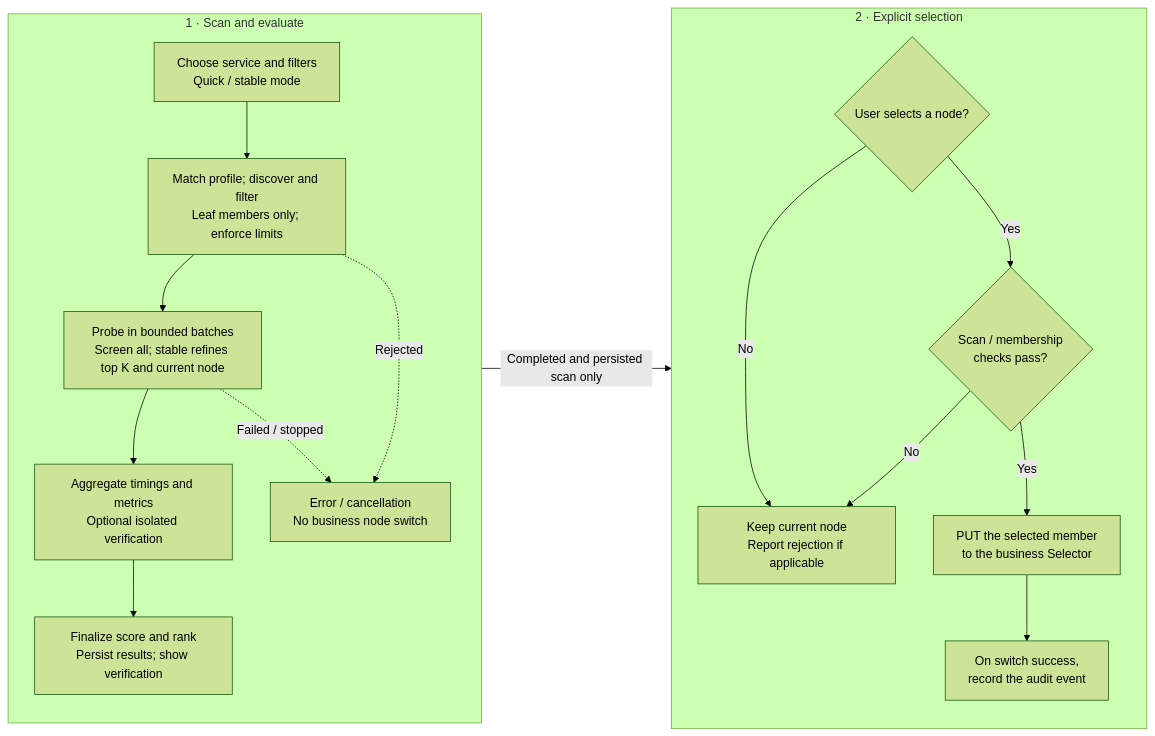
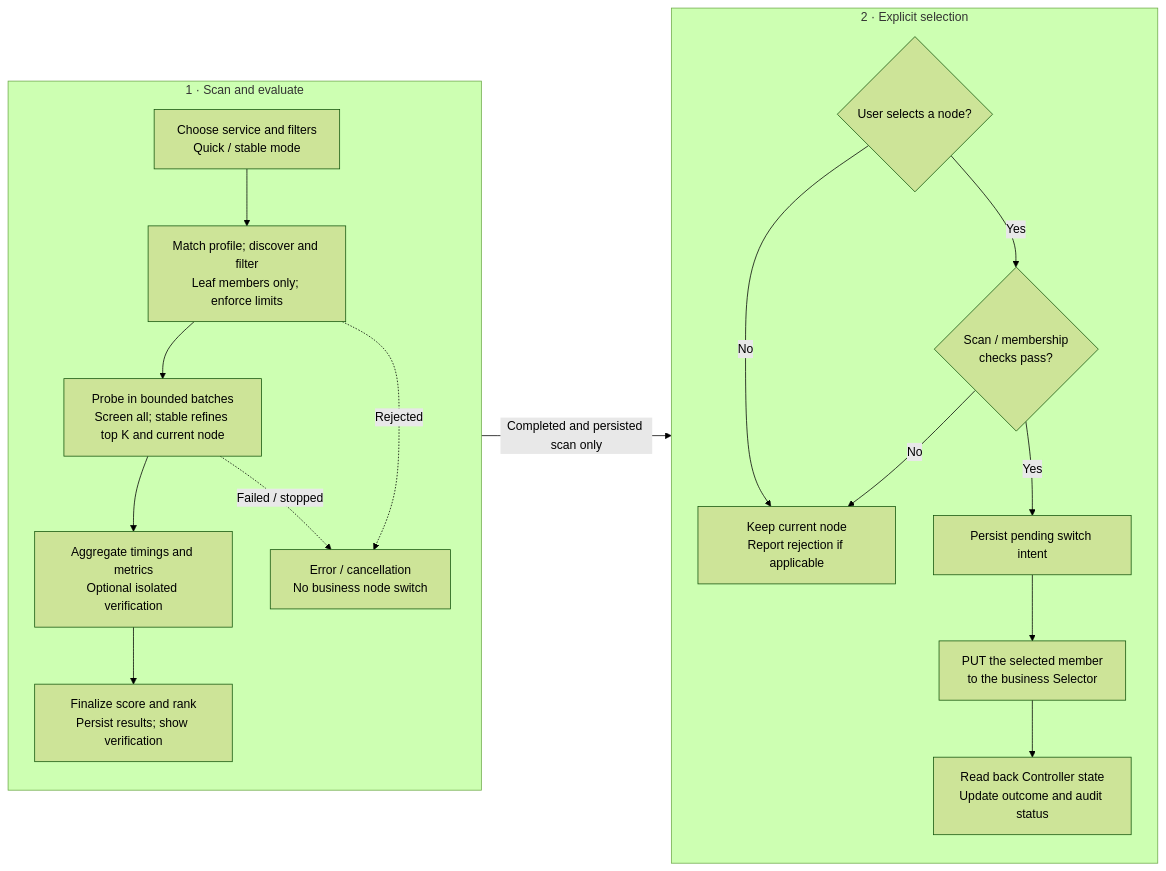
One commit to Uddoo/mihomo-smart-selector changed the second of 2 diagrams in README.md. Above: the diagram before and after it, drawn with Mermaid (forest theme). The commit also changed 38 other files, not shown here.

````diff
--- a/README.md
+++ b/README.md
@@ -129,32 +129,33 @@
 ```mermaid
 flowchart LR
     subgraph scanning["1 · Scan and evaluate"]
         direction TB
         choose["Choose service and filters<br/>Quick / stable mode"]
         preflight["Match profile; discover and filter<br/>Leaf members only; enforce limits"]
         probe["Probe in bounded batches<br/>Screen all; stable refines top K and current node"]
         verify["Aggregate timings and metrics<br/>Optional isolated verification"]
         rank["Finalize score and rank<br/>Persist results; show verification"]
         stop["Error / cancellation<br/>No business node switch"]
 
         choose --> preflight --> probe --> verify --> rank
         preflight -.->|"Rejected"| stop
         probe -.->|"Failed / stopped"| stop
     end
 
     subgraph selection["2 · Explicit selection"]
         direction TB
         decide{"User selects a node?"}
         allowed{"Scan / membership<br/>checks pass?"}
         switch["PUT the selected member<br/>to the business Selector"]
-        audit["On switch success,<br/>record the audit event"]
+        intent["Persist pending switch intent"]
+        audit["Read back Controller state<br/>Update outcome and audit status"]
         keep["Keep current node<br/>Report rejection if applicable"]
 
         decide -->|"Yes"| allowed
         decide -->|"No"| keep
         allowed -->|"No"| keep
-        allowed -->|"Yes"| switch --> audit
+        allowed -->|"Yes"| intent --> switch --> audit
     end
 
     scanning -->|"Completed and persisted scan only"| selection
 ```
````
